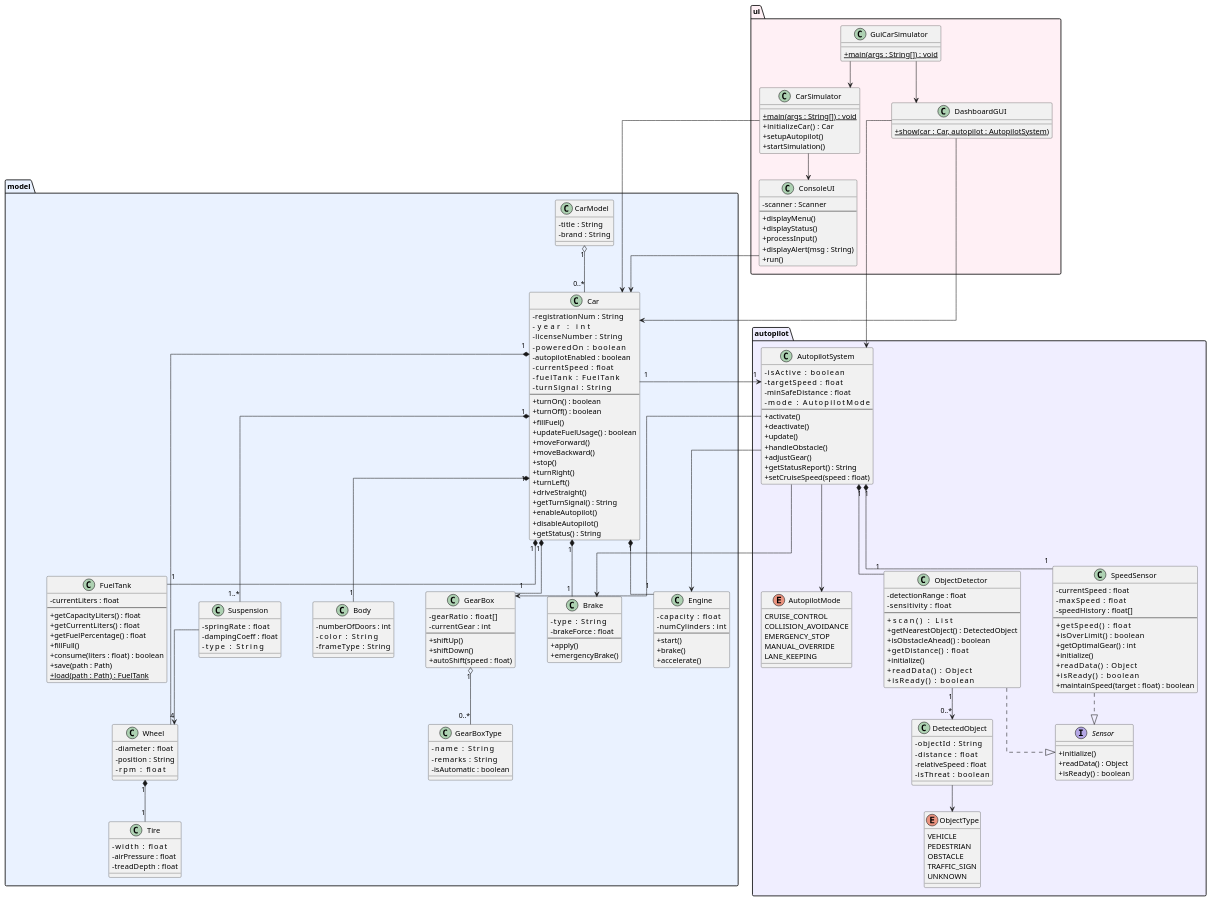
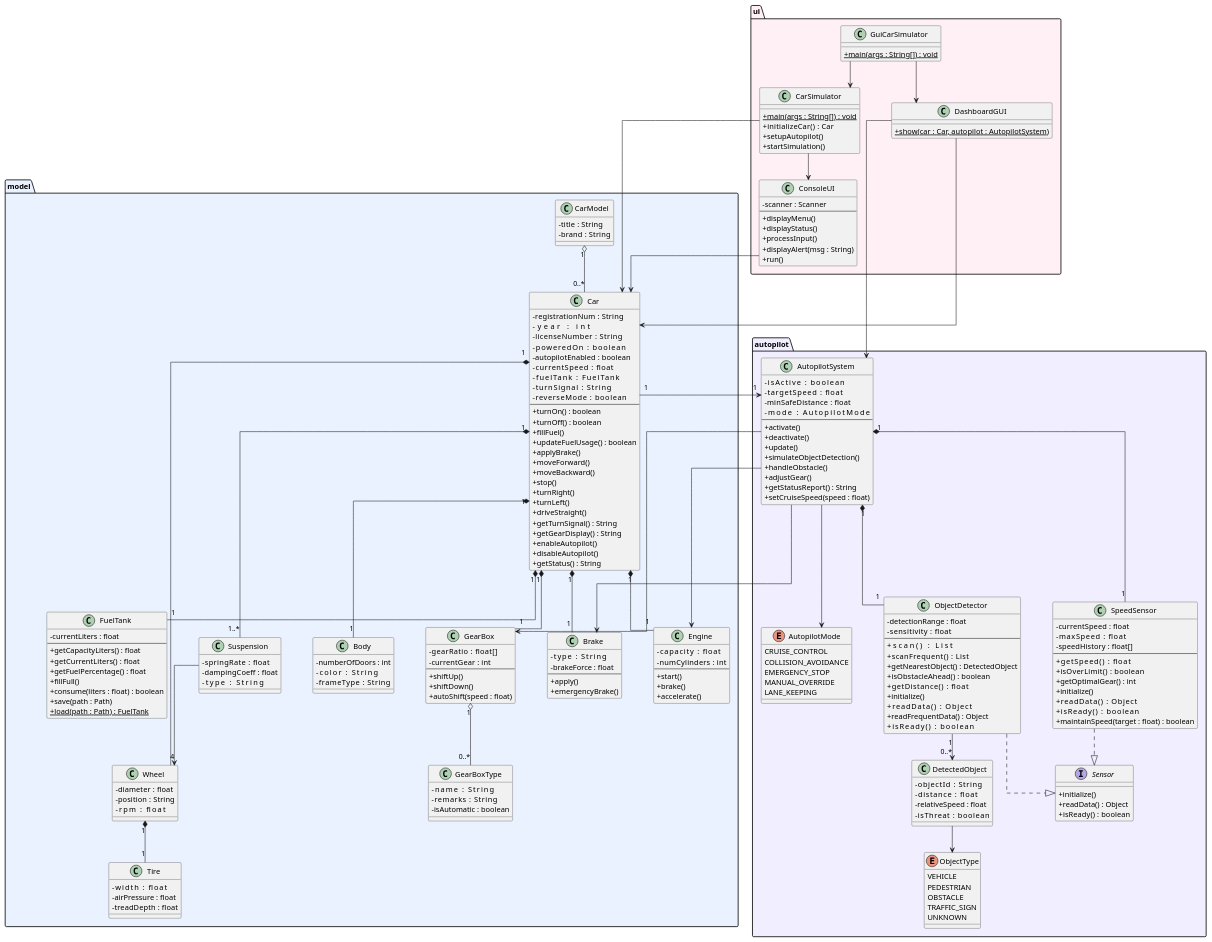
Before and after one commit to Musya351/OOP1: the diagram in diagramClass/ClassDiagram.wsd, drawn with PlantUML. The commit also changed 16 other files, not shown here.

```diff
--- a/diagramClass/ClassDiagram.wsd
+++ b/diagramClass/ClassDiagram.wsd
@@ -21,11 +21,13 @@
     - currentSpeed      : float
     - fuelTank          : FuelTank
     - turnSignal        : String
+    - reverseMode       : boolean
     --
     + turnOn() : boolean
     + turnOff() : boolean
     + fillFuel()
     + updateFuelUsage() : boolean
+    + applyBrake()
     + moveForward()
     + moveBackward()
     + stop()
@@ -33,6 +35,7 @@
     + turnLeft()
     + driveStraight()
     + getTurnSignal() : String
+    + getGearDisplay() : String
     + enableAutopilot()
     + disableAutopilot()
     + getStatus() : String
@@ -118,6 +121,7 @@
     + activate()
     + deactivate()
     + update()
+    + simulateObjectDetection()
     + handleObstacle()
     + adjustGear()
     + getStatusReport() : String
@@ -135,11 +139,13 @@
     - sensitivity    : float
     --
     + scan()             : List
+    + scanFrequent()     : List
     + getNearestObject() : DetectedObject
     + isObstacleAhead()  : boolean
     + getDistance()      : float
     + initialize()
     + readData()         : Object
+    + readFrequentData() : Object
     + isReady()          : boolean
   }
 
```
